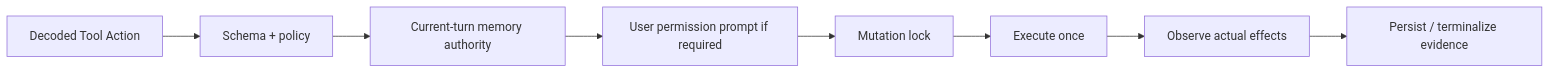
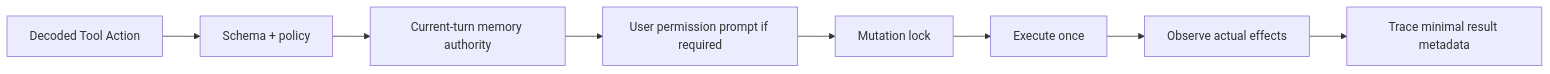
Before and after one commit to xiawiie/pony-code: the second of 2 diagrams in docs/security.md, drawn with Mermaid. The commit also changed other lines of this file and 78 other files, not shown here.

````diff
--- a/docs/security.md
+++ b/docs/security.md
@@ -79,10 +79,10 @@
 ```mermaid
 flowchart LR
     A["Decoded Tool Action"] --> V["Schema + policy"]
     V --> M["Current-turn memory authority"]
     M --> P["User permission prompt if required"]
     P --> L["Mutation lock"]
     L --> X["Execute once"]
     X --> O["Observe actual effects"]
-    O --> R["Persist / terminalize evidence"]
+    O --> R["Trace minimal result metadata"]
 ```
````
